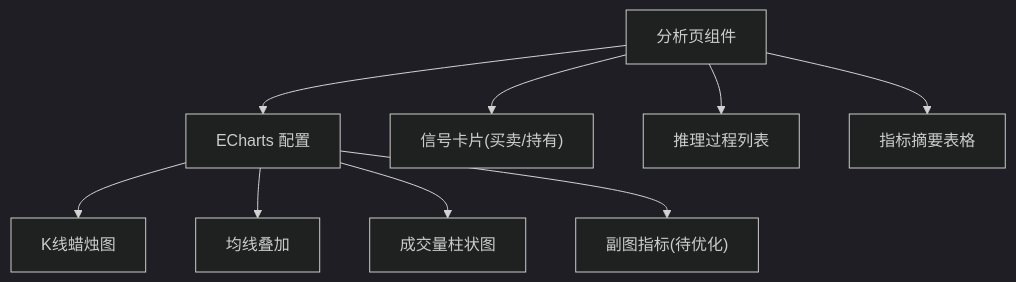
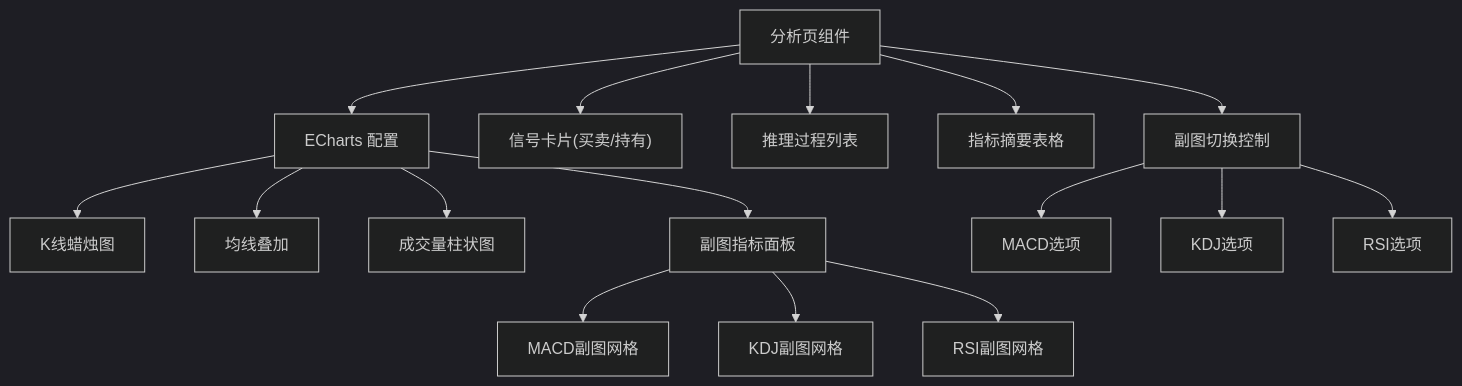
The ninth of 11 diagrams in .qoder/repowiki/zh/content/核心功能/技术面分析系统/技术面分析系统.md (Moruime/stock_foker), drawn with Mermaid (dark theme) before and after one commit. The commit also changed other lines of this file and 15 other files, not shown here.

````diff
--- a/.qoder/repowiki/zh/content/核心功能/技术面分析系统/技术面分析系统.md
+++ b/.qoder/repowiki/zh/content/核心功能/技术面分析系统/技术面分析系统.md
@@ -477,11 +548,18 @@
 ```mermaid
 graph TB
 A["分析页组件"] --> B["ECharts 配置"]
 B --> C["K线蜡烛图"]
 B --> D["均线叠加"]
 B --> E["成交量柱状图"]
-B --> F["副图指标(待优化)"]
+B --> F["副图指标面板"]
+F --> F1["MACD副图网格"]
+F --> F2["KDJ副图网格"]
+F --> F3["RSI副图网格"]
 A --> G["信号卡片(买卖/持有)"]
 A --> H["推理过程列表"]
 A --> I["指标摘要表格"]
+A --> J["副图切换控制"]
+J --> J1["MACD选项"]
+J --> J2["KDJ选项"]
+J --> J3["RSI选项"]
 ```
````
